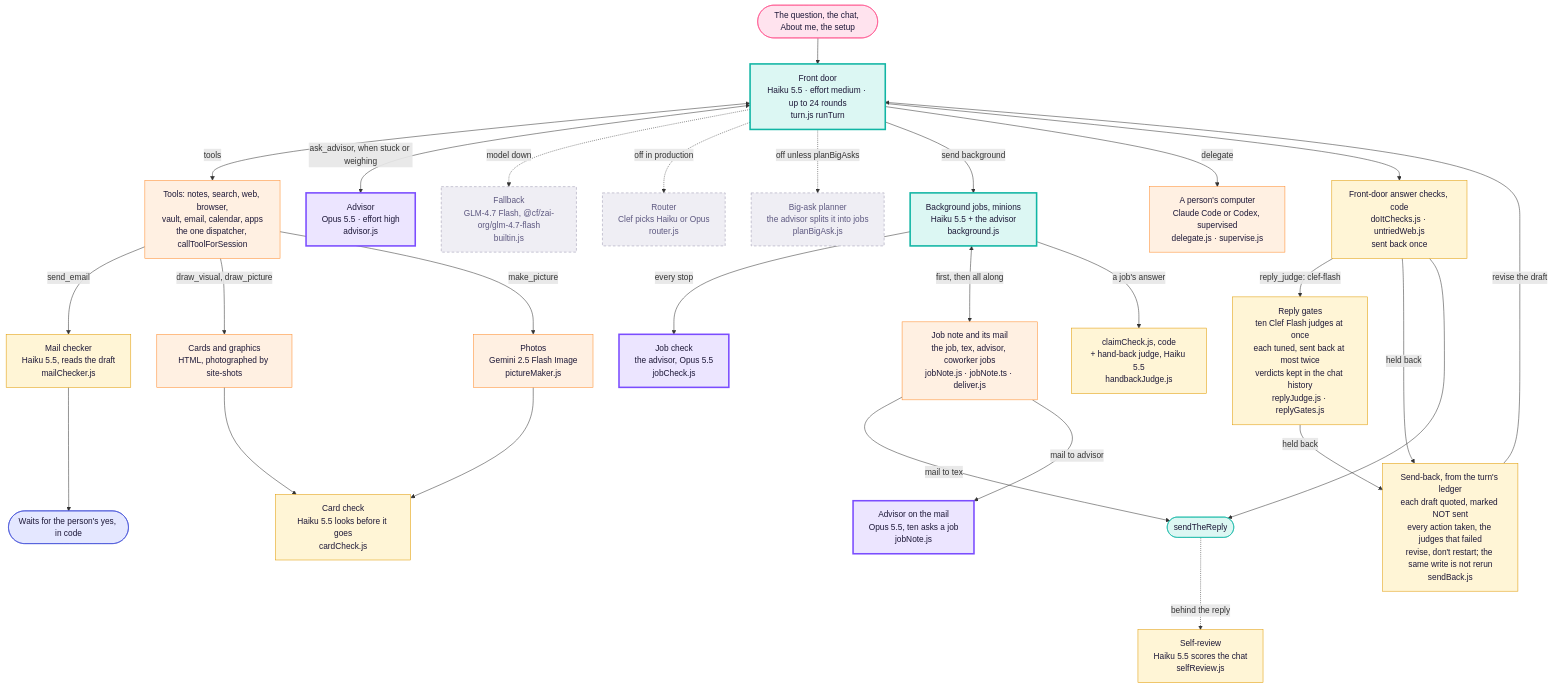
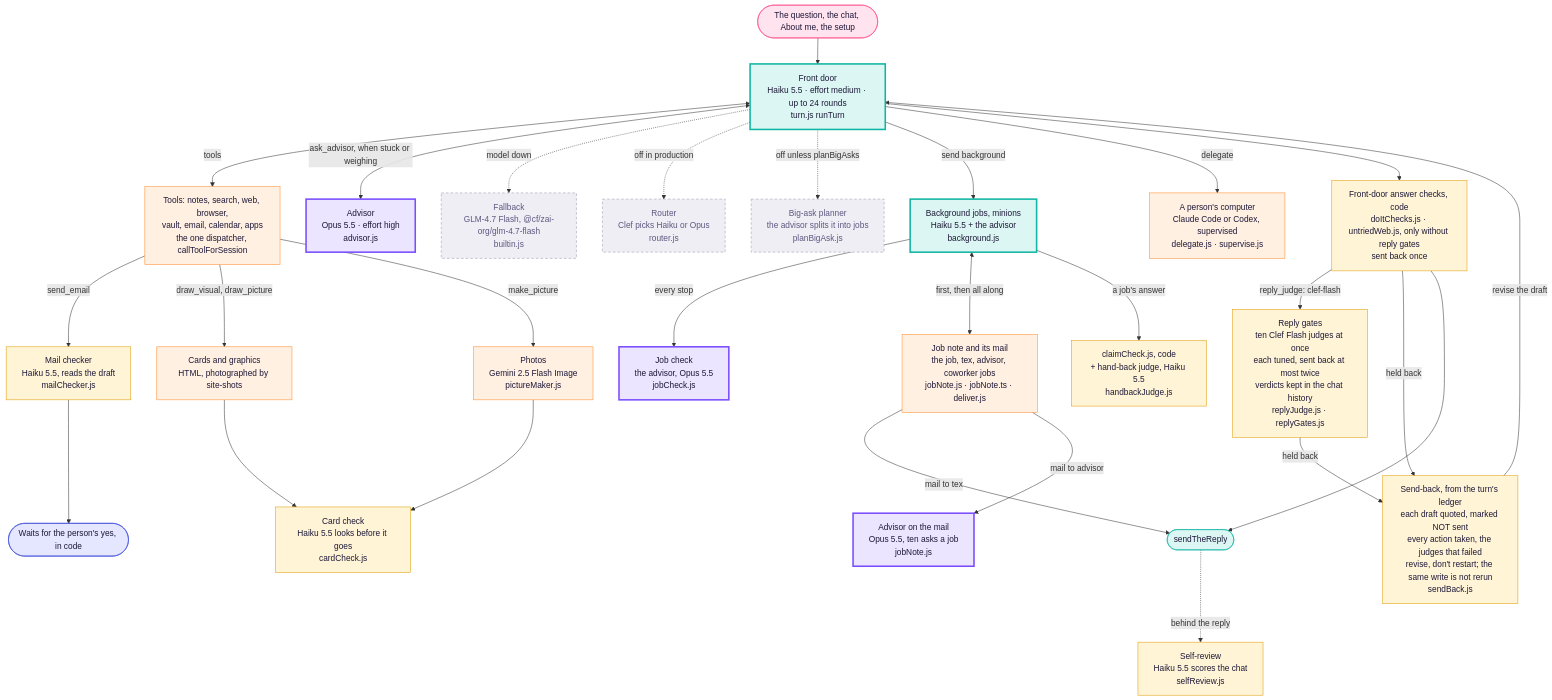
One commit to Supa-Media/context changed the third of 3 diagrams in docs/architecture/tex.md. Above: the diagram before and after it, drawn with Mermaid. The commit also changed other lines of this file and 4 other files, not shown here.

First line of the commit message:
Tex: with reply gates on, retire the untried-web and do-it word checks

````diff
--- a/docs/architecture/tex.md
+++ b/docs/architecture/tex.md
@@ -111,42 +111,42 @@
 ```mermaid
 flowchart TB
   Q([The question, the chat, About me, the setup]):::you --> FD
   FD["Front door<br/>Haiku 5.5 · effort medium · up to 24 rounds<br/>turn.js runTurn"]:::haiku
   FD <-->|tools| T["Tools: notes, search, web, browser,<br/>vault, email, calendar, apps<br/>the one dispatcher, callToolForSession"]:::tool
   FD <-->|ask_advisor, when stuck or weighing| ADV["Advisor<br/>Opus 5.5 · effort high<br/>advisor.js"]:::opus
   FD -. model down .-> FB["Fallback<br/>GLM-4.7 Flash, @cf/zai-org/glm-4.7-flash<br/>builtin.js"]:::off
   FD -. off in production .-> RT["Router<br/>Clef picks Haiku or Opus<br/>router.js"]:::off
   FD -. off unless planBigAsks .-> PL["Big-ask planner<br/>the advisor splits it into jobs<br/>planBigAsk.js"]:::off
 
   FD -->|send background| JOB["Background jobs, minions<br/>Haiku 5.5 + the advisor<br/>background.js"]:::haiku
   JOB -->|every stop| JC["Job check<br/>the advisor, Opus 5.5<br/>jobCheck.js"]:::opus
   JOB <-->|first, then all along| JN["Job note and its mail<br/>the job, tex, advisor, coworker jobs<br/>jobNote.js · jobNote.ts · deliver.js"]:::tool
   JN -->|mail to tex| SEND
   JN -->|mail to advisor| JNA["Advisor on the mail<br/>Opus 5.5, ten asks a job<br/>jobNote.js"]:::opus
   JOB -->|a job's answer| JCK["claimCheck.js, code<br/>+ hand-back judge, Haiku 5.5<br/>handbackJudge.js"]:::judge
   FD -->|delegate| DL["A person's computer<br/>Claude Code or Codex, supervised<br/>delegate.js · supervise.js"]:::tool
 
   T -->|send_email| MC["Mail checker<br/>Haiku 5.5, reads the draft<br/>mailChecker.js"]:::judge
   MC --> YES([Waits for the person's yes, in code]):::rail
   T -->|draw_visual, draw_picture| PIC["Cards and graphics<br/>HTML, photographed by site-shots"]:::tool
   T -->|make_picture| IMG["Photos<br/>Gemini 2.5 Flash Image<br/>pictureMaker.js"]:::tool
   PIC --> CC["Card check<br/>Haiku 5.5 looks before it goes<br/>cardCheck.js"]:::judge
   IMG --> CC
 
-  FD --> CHK["Front-door answer checks, code<br/>doItChecks.js · untriedWeb.js<br/>sent back once"]:::judge
+  FD --> CHK["Front-door answer checks, code<br/>doItChecks.js · untriedWeb.js, only without reply gates<br/>sent back once"]:::judge
   CHK -->|reply_judge: clef-flash| RJ["Reply gates<br/>ten Clef Flash judges at once<br/>each tuned, sent back at most twice<br/>verdicts kept in the chat history<br/>replyJudge.js · replyGates.js"]:::judge
   CHK -->|held back| SB["Send-back, from the turn's ledger<br/>each draft quoted, marked NOT sent<br/>every action taken, the judges that failed<br/>revise, don't restart; the same write is not rerun<br/>sendBack.js"]:::judge
   RJ -->|held back| SB
   SB -->|revise the draft| FD
   CHK --> SEND([sendTheReply]):::door
   SEND -. behind the reply .-> SR["Self-review<br/>Haiku 5.5 scores the chat<br/>selfReview.js"]:::judge
 
   classDef you fill:#ffe3ee,stroke:#ff4f8b,color:#1d1838
   classDef haiku fill:#dcf7f3,stroke:#11b5a4,stroke-width:3px,color:#1d1838
   classDef opus fill:#ece5ff,stroke:#7b4dff,stroke-width:3px,color:#1d1838
   classDef judge fill:#fff5d6,stroke:#e09a00,color:#1d1838
   classDef tool fill:#fff0e2,stroke:#ff8a2a,color:#1d1838
   classDef rail fill:#e4e7ff,stroke:#3c4bd6,color:#1d1838
   classDef door fill:#dcf7f3,stroke:#11b5a4,color:#1d1838
   classDef off fill:#efeef4,stroke:#9a97b0,stroke-dasharray:5 4,color:#5d5880
 ```
````
